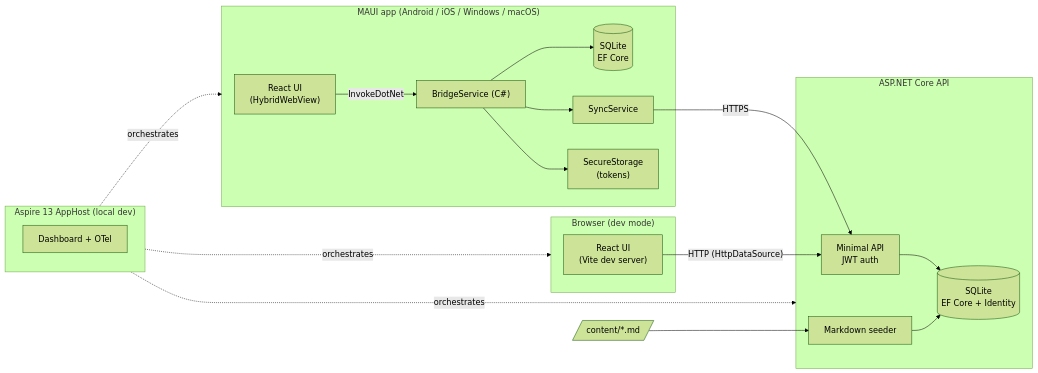
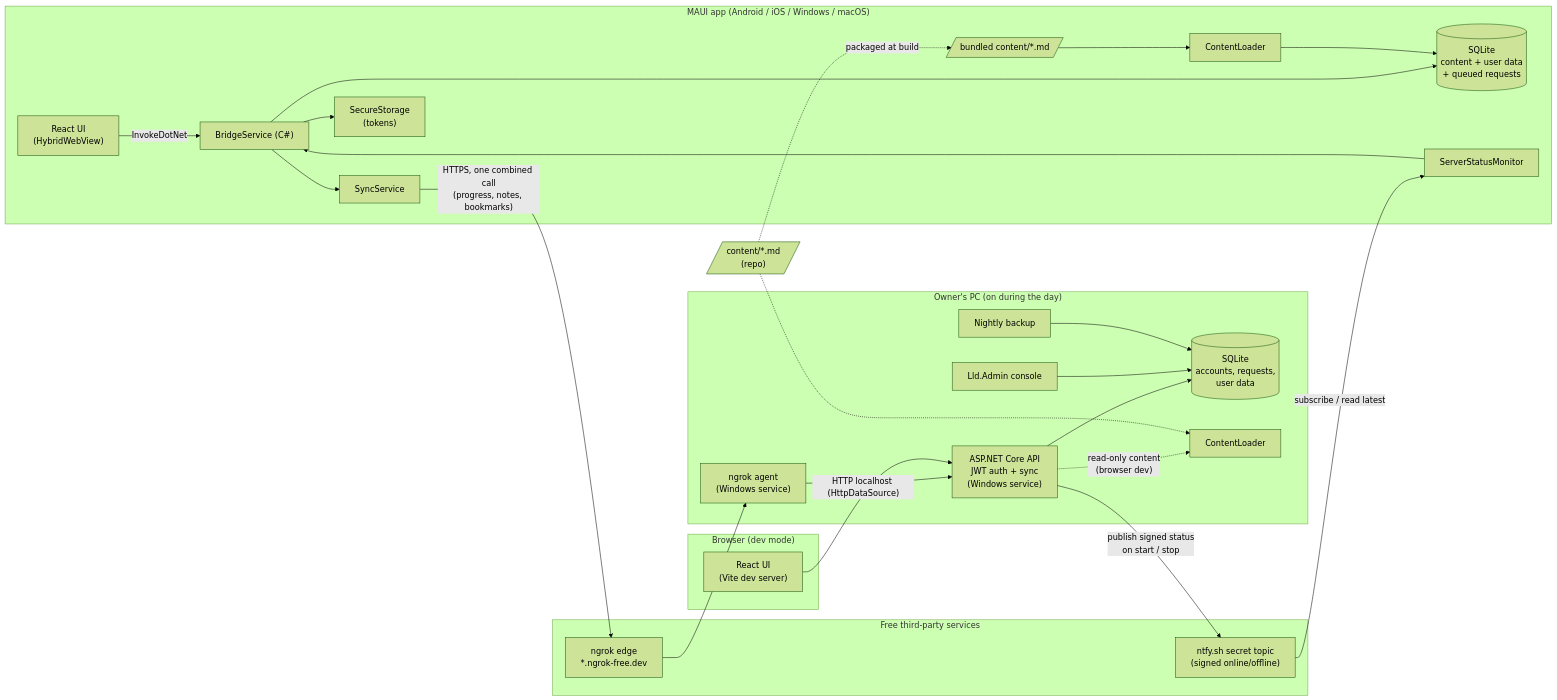
One commit to Akus0ni/LowLevelDesignGuide changed the first of 2 diagrams in docs/plan.md. Above: the diagram before and after it, drawn with Mermaid (forest theme). The commit also changed other lines of this file and 4 other files, not shown here.

````diff
--- a/docs/plan.md
+++ b/docs/plan.md
@@ -8,30 +8,37 @@
 ```mermaid
 flowchart LR
     subgraph Device["MAUI app (Android / iOS / Windows / macOS)"]
         UI["React UI<br/>(HybridWebView)"] -- "InvokeDotNet" --> Bridge["BridgeService (C#)"]
-        Bridge --> LocalDb[("SQLite<br/>EF Core")]
+        Bridge --> LocalDb[("SQLite<br/>content + user data<br/>+ queued requests")]
+        Bundled[/"bundled content/*.md"/] --> LocalSeeder["ContentLoader"] --> LocalDb
         Bridge --> Sync["SyncService"]
         Bridge --> Secure["SecureStorage<br/>(tokens)"]
+        Status["ServerStatusMonitor"] --> Bridge
     end
+
+    subgraph PC["Owner's PC (on during the day)"]
+        Api["ASP.NET Core API<br/>JWT auth + sync<br/>(Windows service)"] --> ServerDb[("SQLite<br/>accounts, requests,<br/>user data")]
+        Admin["Lld.Admin console"] --> ServerDb
+        Api -. "read-only content<br/>(browser dev)" .-> DevContent["ContentLoader"]
+        Ngrok["ngrok agent<br/>(Windows service)"] --> Api
+        Backup["Nightly backup"] --> ServerDb
+    end
+
+    subgraph Cloud["Free third-party services"]
+        Edge["ngrok edge<br/>*.ngrok-free.dev"]
+        Ntfy["ntfy.sh secret topic<br/>(signed online/offline)"]
+    end
+
+    Sync -- "HTTPS, one combined call<br/>(progress, notes, bookmarks)" --> Edge
+    Edge --> Ngrok
+    Api -- "publish signed status<br/>on start / stop" --> Ntfy
+    Ntfy -- "subscribe / read latest" --> Status
 
     subgraph Browser["Browser (dev mode)"]
         WebUI["React UI<br/>(Vite dev server)"]
     end
+    WebUI -- "HTTP localhost (HttpDataSource)" --> Api
 
-    subgraph Server["ASP.NET Core API"]
-        Api["Minimal API<br/>JWT auth"] --> ServerDb[("SQLite<br/>EF Core + Identity")]
-        Seeder["Markdown seeder"] --> ServerDb
-    end
-
-    Content[/"content/*.md"/] --> Seeder
-    Sync -- "HTTPS" --> Api
-    WebUI -- "HTTP (HttpDataSource)" --> Api
-
-    subgraph Aspire["Aspire 13 AppHost (local dev)"]
-        direction TB
-        Dash["Dashboard + OTel"]
-    end
-    Aspire -.orchestrates.-> Server
-    Aspire -.orchestrates.-> Browser
-    Aspire -.orchestrates.-> Device
+    Content[/"content/*.md<br/>(repo)"/] -. "packaged at build" .-> Bundled
+    Content -.-> DevContent
 ```
````
